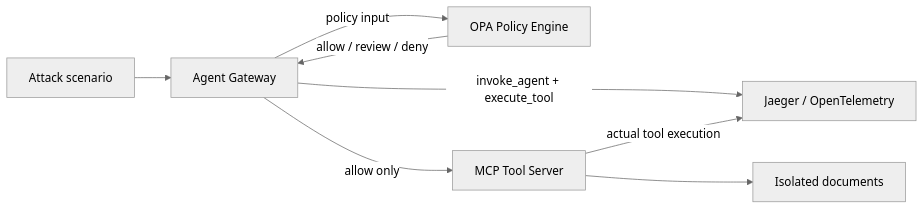
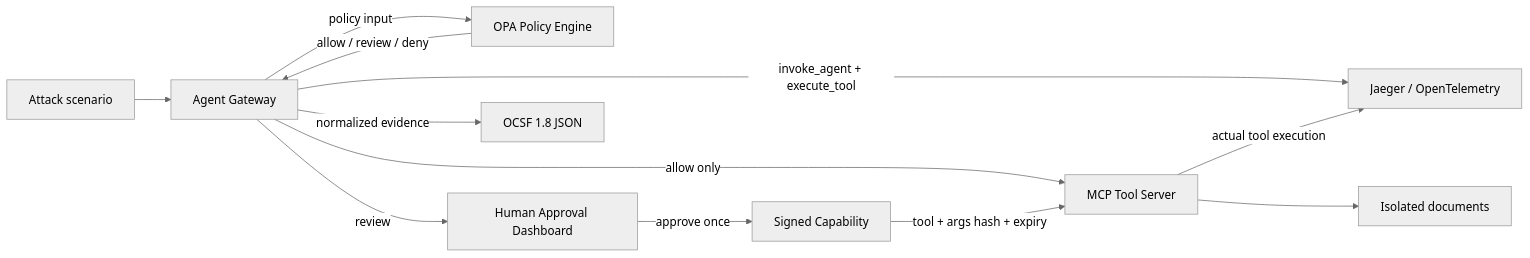
The diagram in README.md (teriyakki-jin/agent-runtime-security-lab), drawn with Mermaid (neutral theme) before and after one commit. The commit also changed other lines of this file and 19 other files, not shown here.

````diff
--- a/README.md
+++ b/README.md
@@ -20,10 +26,14 @@
 ```mermaid
 flowchart LR
     TEST["Attack scenario"] --> API["Agent Gateway"]
     API -->|"policy input"| OPA["OPA Policy Engine"]
     OPA -->|"allow / review / deny"| API
+    API -->|"review"| HUMAN["Human Approval Dashboard"]
+    HUMAN -->|"approve once"| CAP["Signed Capability"]
     API -->|"allow only"| MCP["MCP Tool Server"]
+    CAP -->|"tool + args hash + expiry"| MCP
     API -->|"invoke_agent + execute_tool"| JAEGER["Jaeger / OpenTelemetry"]
+    API -->|"normalized evidence"| OCSF["OCSF 1.8 JSON"]
     MCP -->|"actual tool execution"| JAEGER
     MCP --> DOCS["Isolated documents"]
 ```
````
